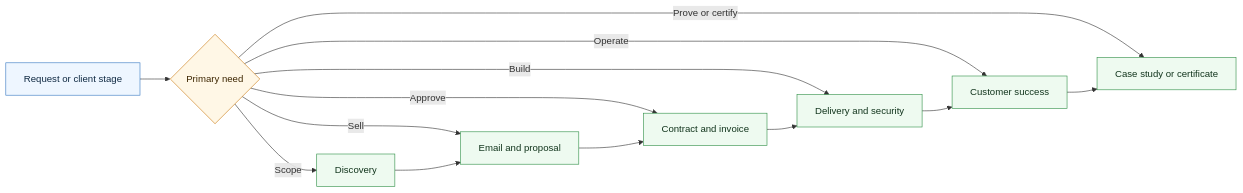
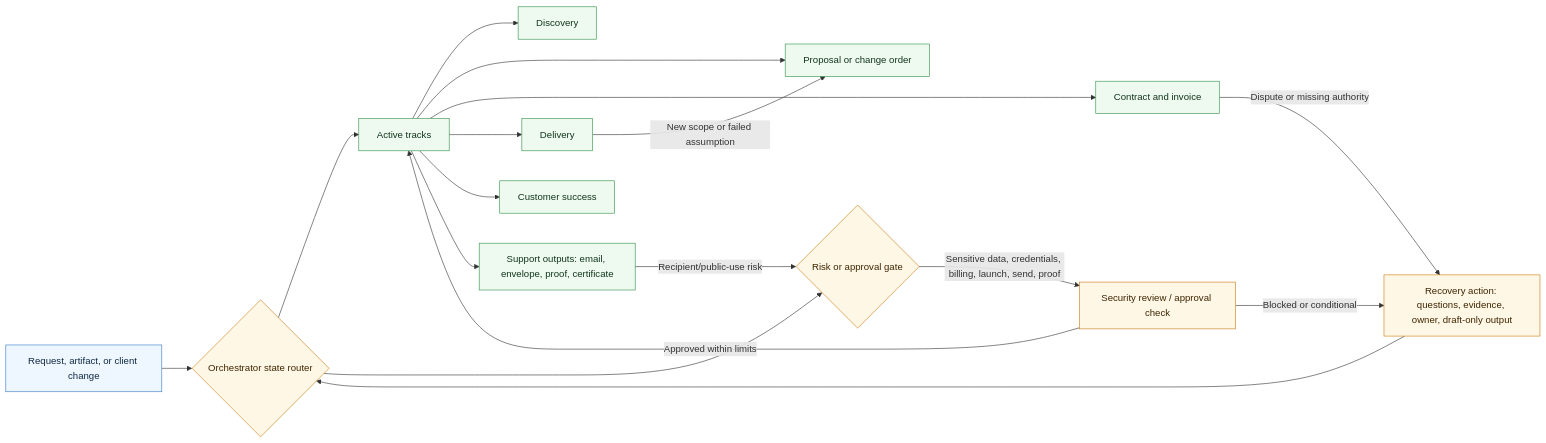
One commit to CompleteTech-LLC/agentic-services-orchestrator-skill changed the diagram in README.md. Above: the diagram before and after it, drawn with Mermaid. The commit also changed 7 other files, not shown here.

````diff
--- a/README.md
+++ b/README.md
@@ -27,17 +27,25 @@
 ```mermaid
 flowchart LR
-  A[Request or client stage] --> B{Primary need}
-  B -->|Scope| C[Discovery]
-  B -->|Sell| D[Email and proposal]
-  B -->|Approve| E[Contract and invoice]
-  B -->|Build| F[Delivery and security]
-  B -->|Operate| G[Customer success]
-  B -->|Prove or certify| H[Case study or certificate]
-  C --> D --> E --> F --> G --> H
+  A[Request, artifact, or client change] --> B{Orchestrator state router}
+  B --> C[Active tracks]
+  C --> D[Discovery]
+  C --> E[Proposal or change order]
+  C --> F[Contract and invoice]
+  C --> G[Delivery]
+  C --> H[Customer success]
+  C --> I[Support outputs: email, envelope, proof, certificate]
+  B --> J{Risk or approval gate}
+  J -->|Sensitive data, credentials, billing, launch, send, proof| K[Security review / approval check]
+  K -->|Blocked or conditional| L[Recovery action: questions, evidence, owner, draft-only output]
+  K -->|Approved within limits| C
+  G -->|New scope or failed assumption| E
+  F -->|Dispute or missing authority| L
+  I -->|Recipient/public-use risk| J
+  L --> B
   classDef source fill:#eef6ff,stroke:#3778c2,color:#102a43;
   classDef gate fill:#fff7e6,stroke:#c97a12,color:#3d2600;
   classDef output fill:#eefaf0,stroke:#2f8f46,color:#12351d;
   class A source;
-  class B gate;
-  class C,D,E,F,G,H output;
+  class B,J,K,L gate;
+  class C,D,E,F,G,H,I output;
 ```
````
